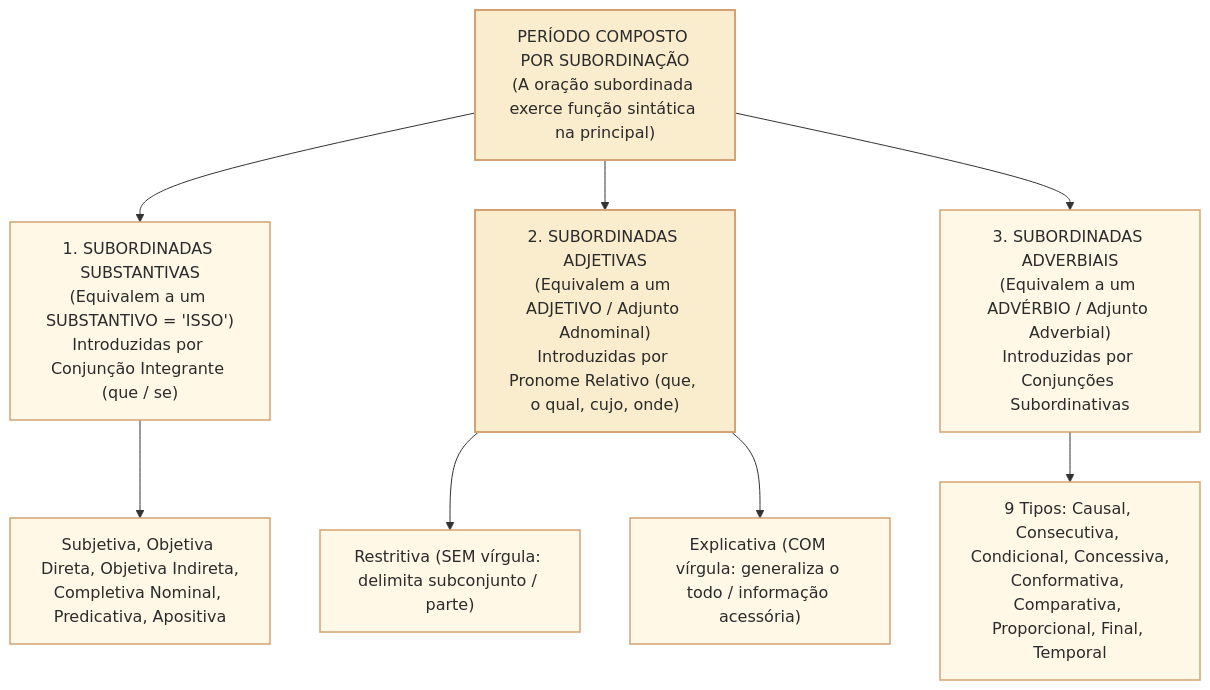
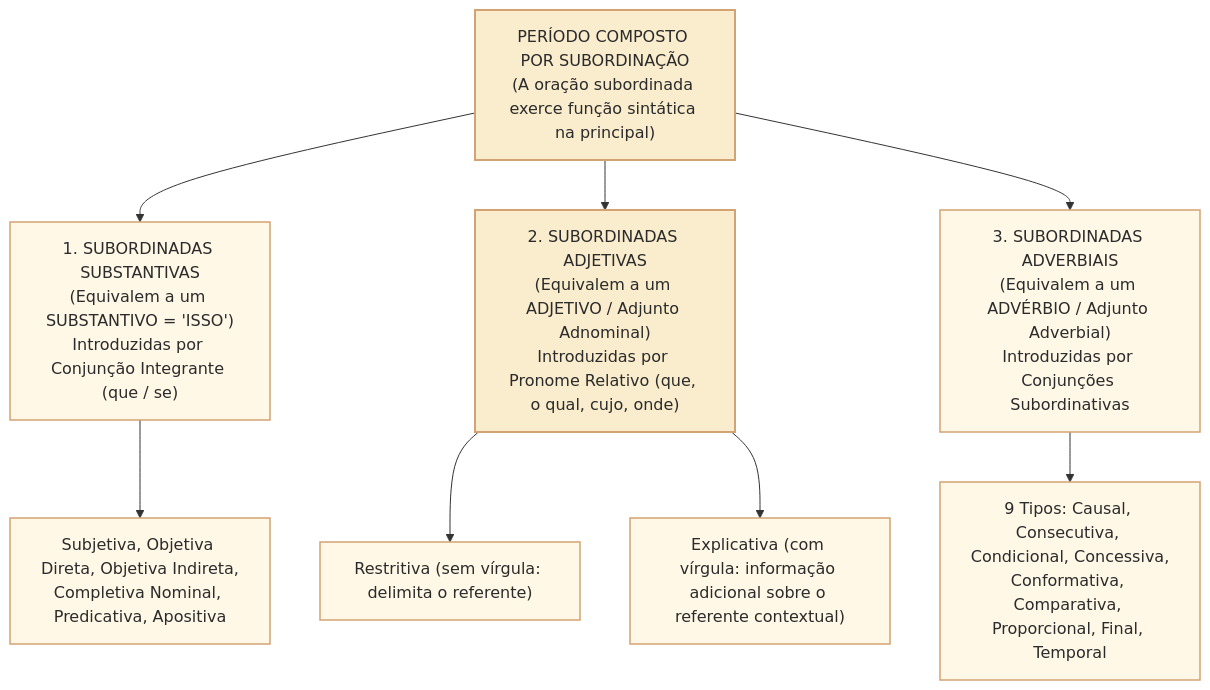
The first of 2 diagrams in 3 - Materias/Portugues/25 - subordinacao substantiva adjetiva e adverbial.md (leorruas/concursos), drawn with Mermaid before and after one commit. The commit also changed other lines of this file, not shown here.

````diff
--- a/3 - Materias/Portugues/25 - subordinacao substantiva adjetiva e adverbial.md
+++ b/3 - Materias/Portugues/25 - subordinacao substantiva adjetiva e adverbial.md
@@ -31,18 +31,18 @@
 ```mermaid
 flowchart TD
     classDef default fill:#fff8e7,stroke:#d4a373,stroke-width:1.5px,color:#2b2b2b;
     classDef centro fill:#faedcd,stroke:#d4a373,stroke-width:2px,color:#2b2b2b;
 
     SUB["PERÍODO COMPOSTO POR SUBORDINAÇÃO<br>(A oração subordinada exerce função sintática na principal)"]:::centro
 
     SUBST["1. SUBORDINADAS SUBSTANTIVAS<br>(Equivalem a um SUBSTANTIVO = 'ISSO')<br>Introduzidas por Conjunção Integrante (que / se)"]
     ADJ["2. SUBORDINADAS ADJETIVAS<br>(Equivalem a um ADJETIVO / Adjunto Adnominal)<br>Introduzidas por Pronome Relativo (que, o qual, cujo, onde)"]:::centro
     ADV["3. SUBORDINADAS ADVERBIAIS<br>(Equivalem a um ADVÉRBIO / Adjunto Adverbial)<br>Introduzidas por Conjunções Subordinativas"]
 
     SUB --> SUBST & ADJ & ADV
 
     SUBST --> S1["Subjetiva, Objetiva Direta, Objetiva Indireta,<br>Completiva Nominal, Predicativa, Apositiva"]
-    ADJ --> A1["Restritiva (SEM vírgula: delimita subconjunto / parte)"]
-    ADJ --> A2["Explicativa (COM vírgula: generaliza o todo / informação acessória)"]
+    ADJ --> A1["Restritiva (sem vírgula: delimita o referente)"]
+    ADJ --> A2["Explicativa (com vírgula: informação adicional sobre o referente contextual)"]
     ADV --> V1["9 Tipos: Causal, Consecutiva, Condicional, Concessiva,<br>Conformativa, Comparativa, Proporcional, Final, Temporal"]
 ```
````
